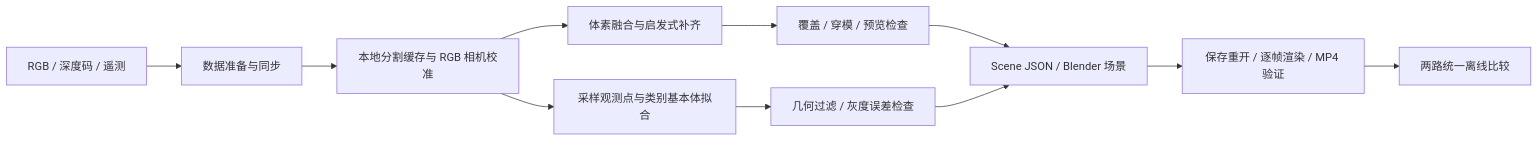
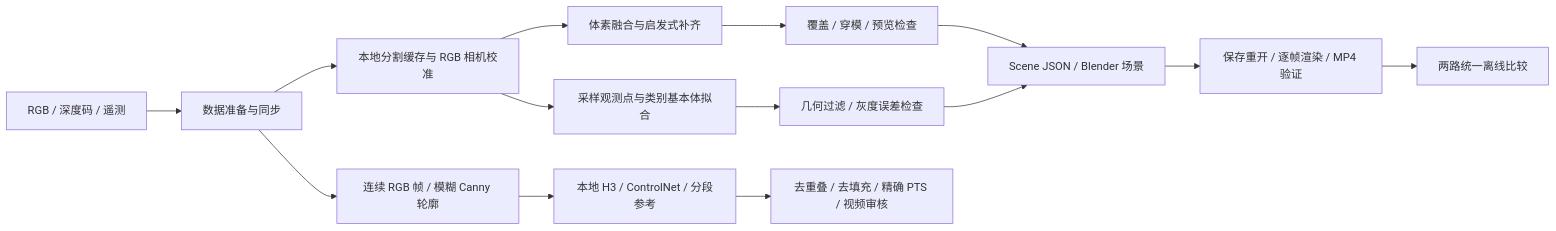
The first of 2 diagrams in README.md (Shirakoko/GameVideo3DBlockoutReconstruction), drawn with Mermaid before and after one commit. The commit also changed other lines of this file and 15 other files, not shown here.

````diff
--- a/README.md
+++ b/README.md
@@ -48,13 +56,16 @@
 ```mermaid
 flowchart LR
     A[RGB / 深度码 / 遥测] --> B[数据准备与同步]
     B --> C[本地分割缓存与 RGB 相机校准]
     C --> V[体素融合与启发式补齐]
     C --> P[采样观测点与类别基本体拟合]
     V --> VQ[覆盖 / 穿模 / 预览检查]
     P --> PQ[几何过滤 / 灰度误差检查]
     VQ --> E[Scene JSON / Blender 场景]
     PQ --> E
     E --> F[保存重开 / 逐帧渲染 / MP4 验证]
     F --> Q[两路统一离线比较]
+    B --> H[连续 RGB 帧 / 模糊 Canny 轮廓]
+    H --> HC[本地 H3 / ControlNet / 分段参考]
+    HC --> HV[去重叠 / 去填充 / 精确 PTS / 视频审核]
 ```
````
